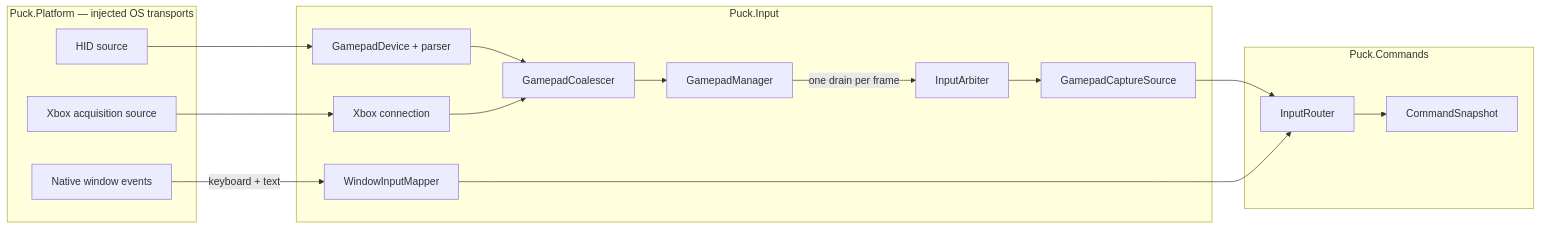
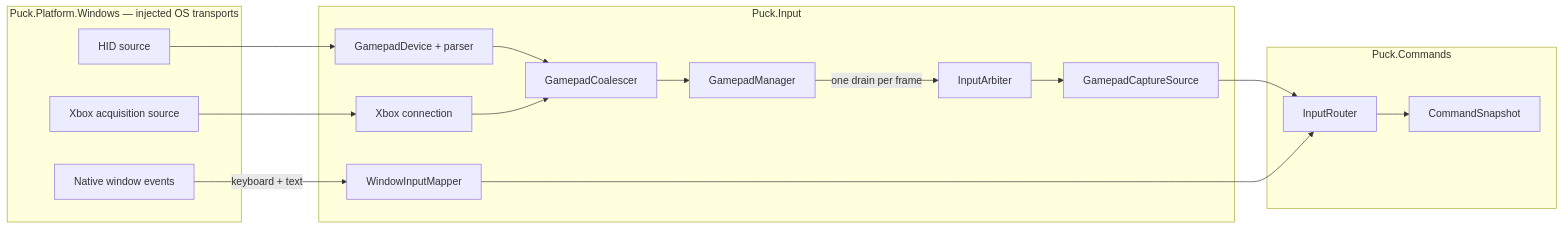
The diagram in src/Puck.Input/README.md (ByteTerrace/Puck), drawn with Mermaid before and after one commit. The commit also changed other lines of this file and 2291 other files, not shown here.

````diff
--- a/src/Puck.Input/README.md
+++ b/src/Puck.Input/README.md
@@ -45,29 +45,29 @@
 ```mermaid
 flowchart LR
-    subgraph Platform ["Puck.Platform — injected OS transports"]
+    subgraph Platform ["Puck.Platform.Windows — injected OS transports"]
         HidSource["HID source"]
         XboxSource["Xbox acquisition source"]
         Window["Native window events"]
     end
 
     subgraph Input ["Puck.Input"]
         Device["GamepadDevice + parser"]
         Connection["Xbox connection"]
         Coalescer["GamepadCoalescer"]
         Manager["GamepadManager"]
         Arbiter["InputArbiter"]
         Capture["GamepadCaptureSource"]
         Mapper["WindowInputMapper"]
     end
 
     subgraph Commands ["Puck.Commands"]
         Router["InputRouter"]
         Snapshot["CommandSnapshot"]
     end
 
     HidSource --> Device --> Coalescer
     XboxSource --> Connection --> Coalescer
     Coalescer --> Manager -->|"one drain per frame"| Arbiter --> Capture --> Router
     Window -->|"keyboard + text"| Mapper --> Router
     Router --> Snapshot
 ```
````
